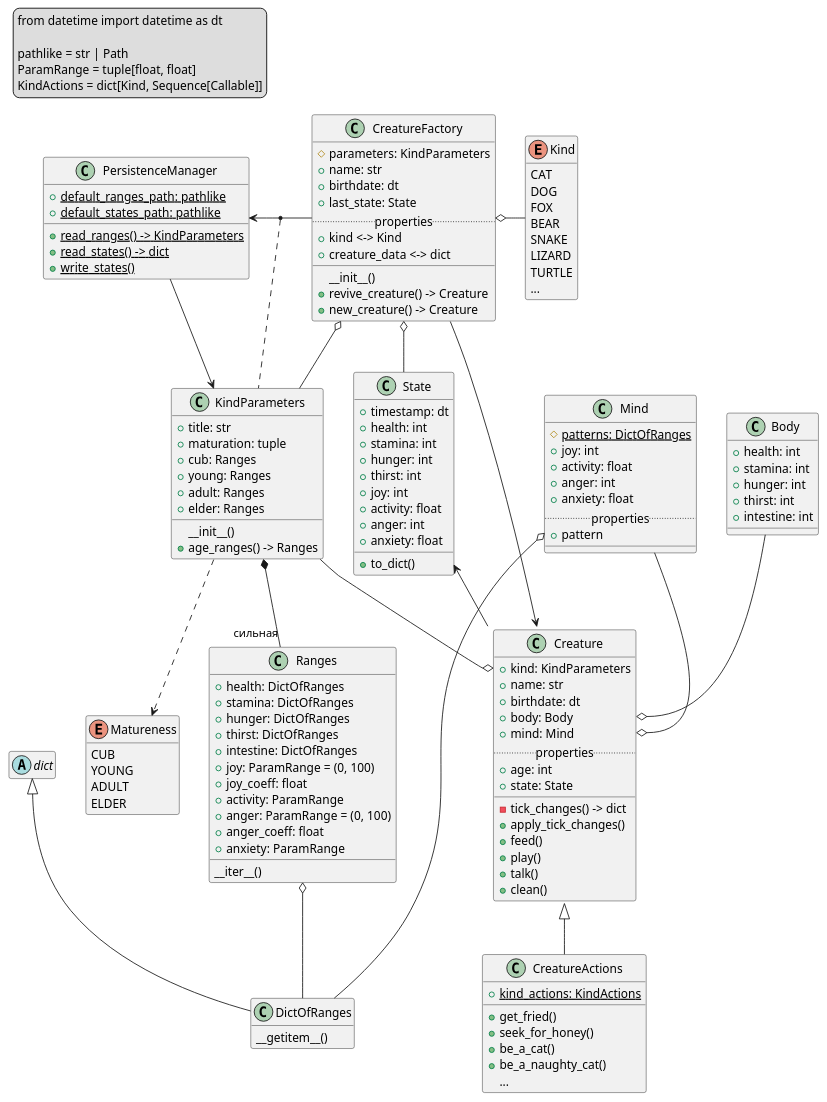
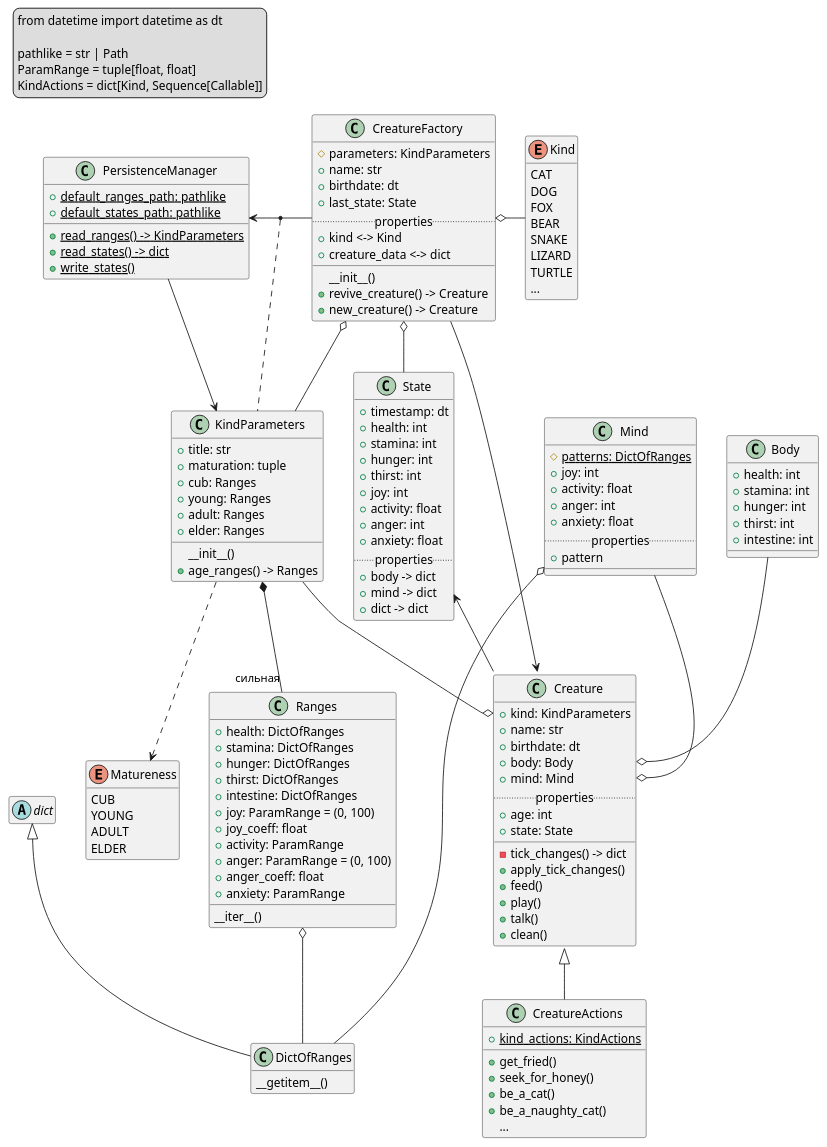
One commit to TOP-Python221/_project2_reference changed the diagram in model.puml. Above: the diagram before and after it, drawn with PlantUML. The commit also changed 4 other files, not shown here.

```diff
--- a/model.puml
+++ b/model.puml
@@ -150,7 +150,10 @@
     +anger: int
     +anxiety: float
 '    +pattern
-    +to_dict()
+    ..properties..
+    +body -> dict
+    +mind -> dict
+    +dict -> dict
 }
 'Creature::state --> State
 State <-- Creature
```
